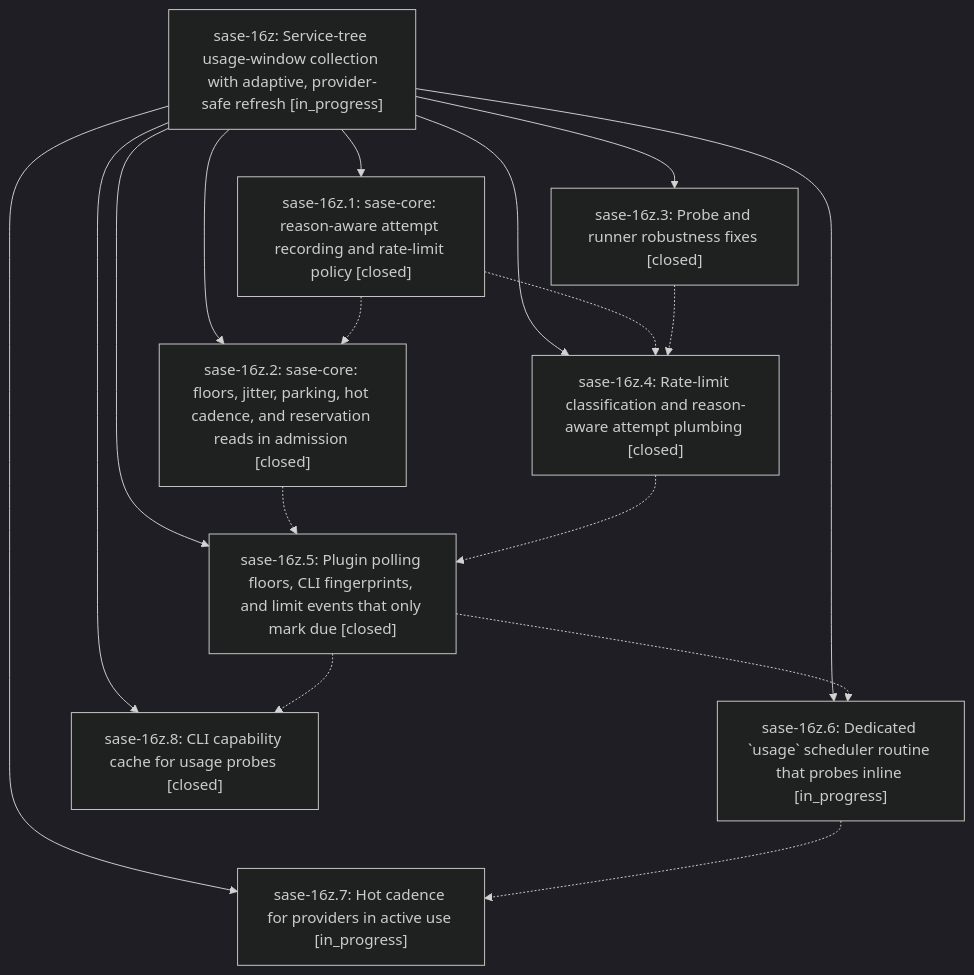
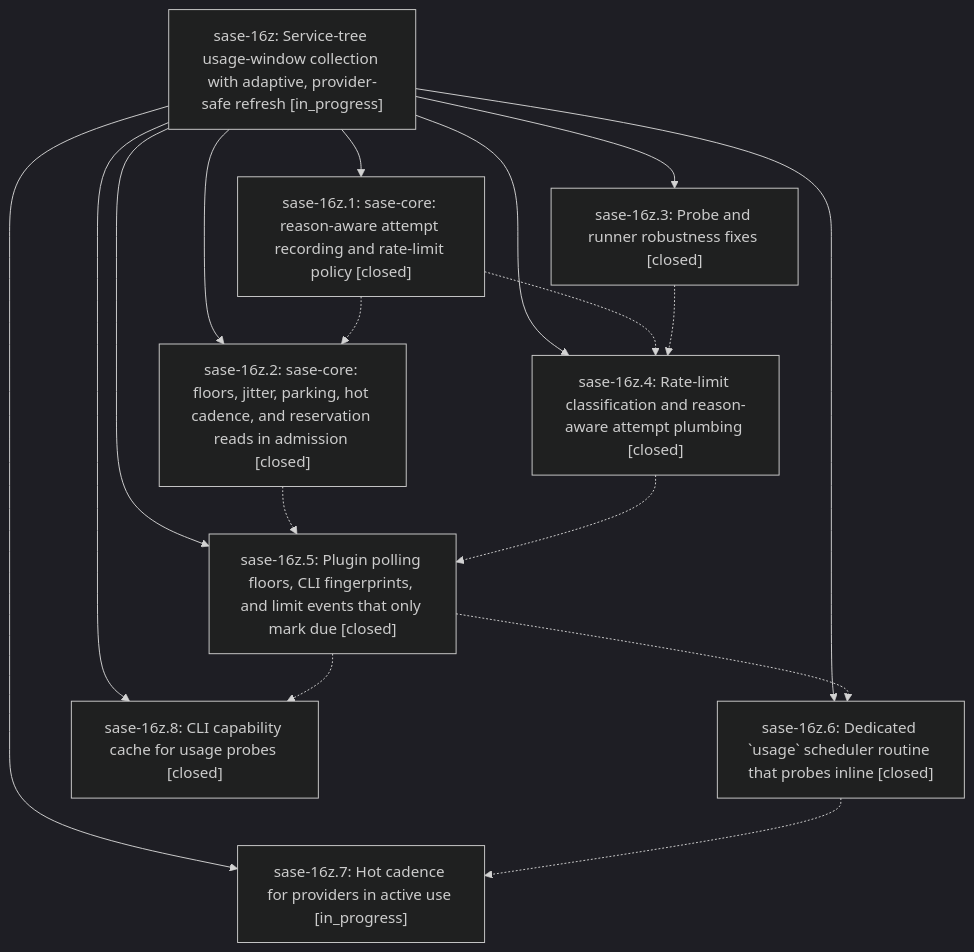
Before and after one commit to sase-org/sase--beads: the diagram in pages/sase-16z/README.md, drawn with Mermaid (dark theme). The commit also changed other lines of this file and 3 other files, not shown here.

````diff
--- a/pages/sase-16z/README.md
+++ b/pages/sase-16z/README.md
@@ -29,28 +33,28 @@
 ```mermaid
 flowchart TD
     n0["sase-16z: Service-tree usage-window collection with adaptive, provider-safe refresh [in_progress]"]
     n1["sase-16z.1: sase-core: reason-aware attempt recording and rate-limit policy [closed]"]
     n2["sase-16z.2: sase-core: floors, jitter, parking, hot cadence, and reservation reads in admission [closed]"]
     n3["sase-16z.3: Probe and runner robustness fixes [closed]"]
     n4["sase-16z.4: Rate-limit classification and reason-aware attempt plumbing [closed]"]
     n5["sase-16z.5: Plugin polling floors, CLI fingerprints, and limit events that only mark due [closed]"]
-    n6["sase-16z.6: Dedicated `usage` scheduler routine that probes inline [in_progress]"]
+    n6["sase-16z.6: Dedicated `usage` scheduler routine that probes inline [closed]"]
     n7["sase-16z.7: Hot cadence for providers in active use [in_progress]"]
     n8["sase-16z.8: CLI capability cache for usage probes [closed]"]
     n0 --> n1
     n0 --> n2
     n0 --> n3
     n0 --> n4
     n0 --> n5
     n0 --> n6
     n0 --> n7
     n0 --> n8
     n1 -.-> n2
     n1 -.-> n4
     n2 -.-> n5
     n3 -.-> n4
     n4 -.-> n5
     n5 -.-> n6
     n5 -.-> n8
     n6 -.-> n7
 ```
````
